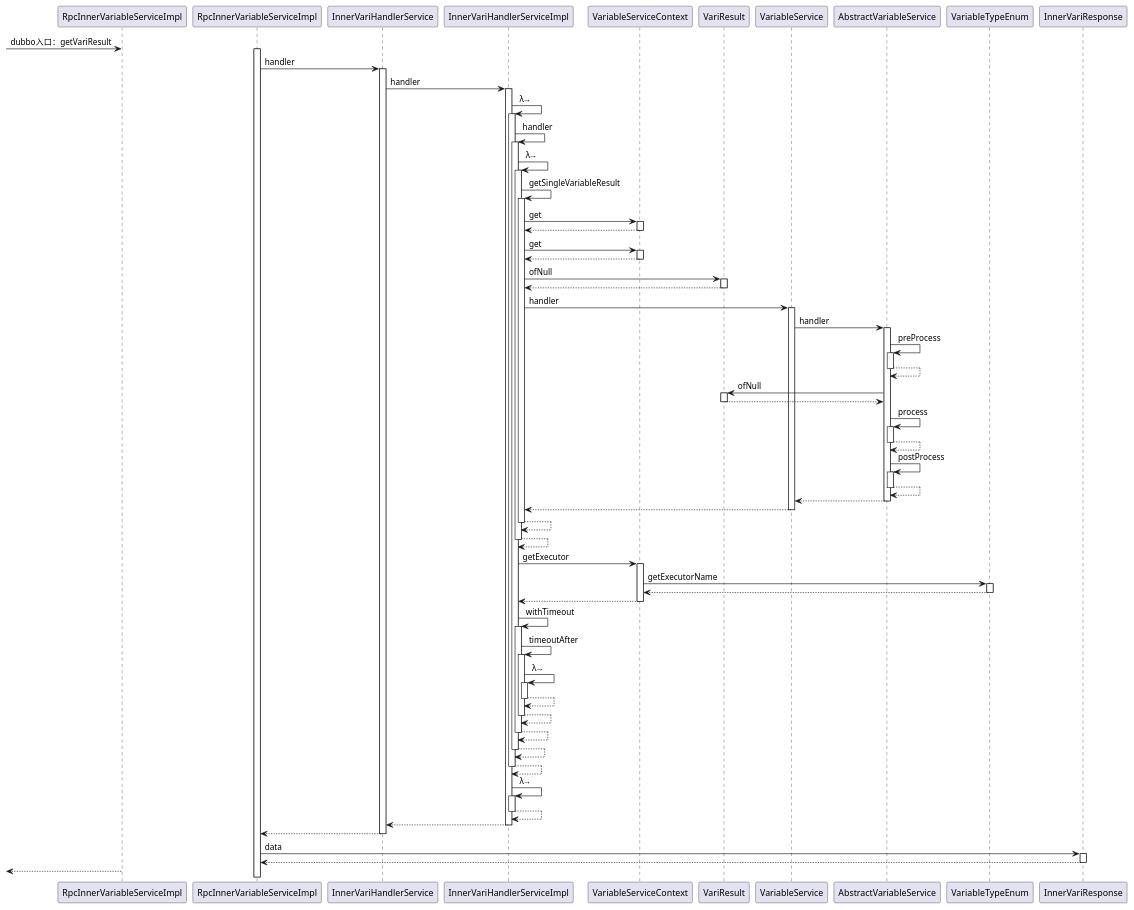
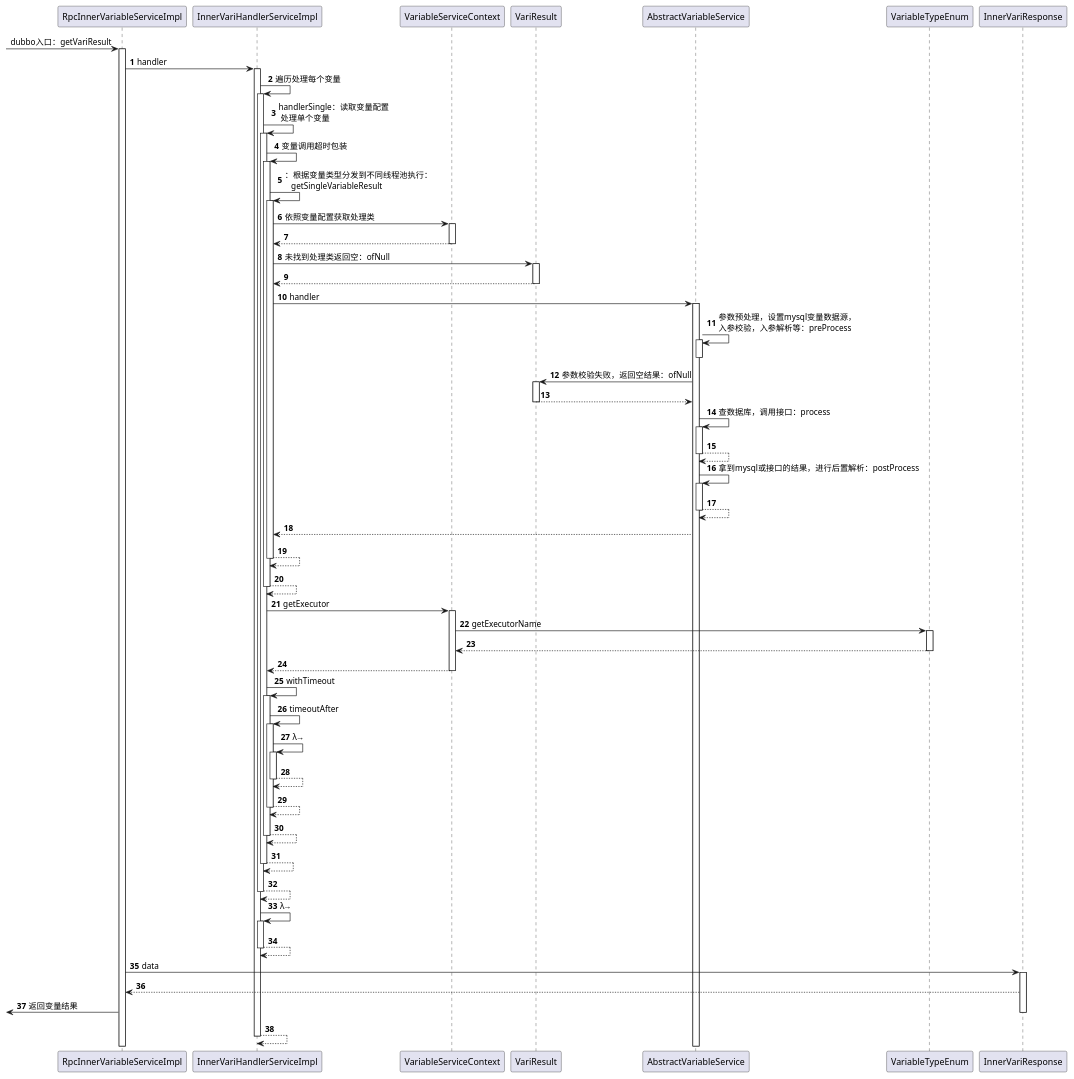
The diagram in file/sequence/二方时序图.puml (beareserve/plantuml), drawn with PlantUML before and after one commit.

Commit message:
画图

```diff
--- a/file/sequence/二方时序图.puml
+++ b/file/sequence/二方时序图.puml
@@ -1,102 +1,83 @@
 @startuml
 skinparam responseMessageBelowArrow true
 hide unlinked
-participant "RpcInnerVariableServiceImpl" as q
-participant "InnerVariHandlerServiceImpl" as rao
-participant 规则引擎 as y
-participant 电核 as d
-participant 题库 as t
-participant 额度 as e
+participant "RpcInnerVariableServiceImpl" as 入口
 
-[-> q : dubbo入口：getVariResult
-activate RpcInnerVariableServiceImpl
-RpcInnerVariableServiceImpl -> InnerVariHandlerService : handler
-activate InnerVariHandlerService
-InnerVariHandlerService -> InnerVariHandlerServiceImpl : handler
+[->入口 : dubbo入口：getVariResult
+autonumber
+activate 入口
+入口 -> InnerVariHandlerServiceImpl : handler
 activate InnerVariHandlerServiceImpl
-InnerVariHandlerServiceImpl -> InnerVariHandlerServiceImpl : λ→
+InnerVariHandlerServiceImpl -> InnerVariHandlerServiceImpl : 遍历处理每个变量
 activate InnerVariHandlerServiceImpl
-InnerVariHandlerServiceImpl -> InnerVariHandlerServiceImpl : handler
+InnerVariHandlerServiceImpl -> InnerVariHandlerServiceImpl : handlerSingle：读取变量配置\n 处理单个变量
 activate InnerVariHandlerServiceImpl
-InnerVariHandlerServiceImpl -> InnerVariHandlerServiceImpl : λ→
+InnerVariHandlerServiceImpl -> InnerVariHandlerServiceImpl : 变量调用超时包装
 activate InnerVariHandlerServiceImpl
-InnerVariHandlerServiceImpl -> InnerVariHandlerServiceImpl : getSingleVariableResult
+InnerVariHandlerServiceImpl -> InnerVariHandlerServiceImpl : ：根据变量类型分发到不同线程池执行：\n   getSingleVariableResult
 activate InnerVariHandlerServiceImpl
-InnerVariHandlerServiceImpl -> VariableServiceContext : get
+InnerVariHandlerServiceImpl -> VariableServiceContext : 依照变量配置获取处理类
 activate VariableServiceContext
 VariableServiceContext --> InnerVariHandlerServiceImpl
 deactivate VariableServiceContext
-InnerVariHandlerServiceImpl -> VariableServiceContext : get
-activate VariableServiceContext
-VariableServiceContext --> InnerVariHandlerServiceImpl
-deactivate VariableServiceContext
-InnerVariHandlerServiceImpl -> VariResult : ofNull
+InnerVariHandlerServiceImpl -> VariResult : 未找到处理类返回空：ofNull
 activate VariResult
 VariResult --> InnerVariHandlerServiceImpl
 deactivate VariResult
-InnerVariHandlerServiceImpl -> VariableService : handler
-activate VariableService
-VariableService -> AbstractVariableService : handler
+InnerVariHandlerServiceImpl ->  AbstractVariableService : handler
 activate AbstractVariableService
-AbstractVariableService -> AbstractVariableService : preProcess
+AbstractVariableService -> AbstractVariableService : 参数预处理，设置mysql变量数据源，\n入参校验，入参解析等：preProcess
+activate AbstractVariableService
+deactivate AbstractVariableService
+AbstractVariableService -> VariResult : 参数校验失败，返回空结果：ofNull
+activate VariResult
+VariResult --> AbstractVariableService
+deactivate VariResult
+AbstractVariableService -> AbstractVariableService : 查数据库，调用接口：process
 activate AbstractVariableService
 AbstractVariableService --> AbstractVariableService
 deactivate AbstractVariableService
-AbstractVariableService -> VariResult : ofNull
-activate VariResult
-VariResult --> AbstractVariableService
-deactivate VariResult
-AbstractVariableService -> AbstractVariableService : process
+AbstractVariableService -> AbstractVariableService : 拿到mysql或接口的结果，进行后置解析：postProcess
 activate AbstractVariableService
 AbstractVariableService --> AbstractVariableService
 deactivate AbstractVariableService
-AbstractVariableService -> AbstractVariableService : postProcess
-activate AbstractVariableService
-AbstractVariableService --> AbstractVariableService
-deactivate AbstractVariableService
-AbstractVariableService --> VariableService
-deactivate AbstractVariableService
-VariableService --> InnerVariHandlerServiceImpl
-deactivate VariableService
+AbstractVariableService --> InnerVariHandlerServiceImpl
 InnerVariHandlerServiceImpl --> InnerVariHandlerServiceImpl
 deactivate InnerVariHandlerServiceImpl
 InnerVariHandlerServiceImpl --> InnerVariHandlerServiceImpl
 deactivate InnerVariHandlerServiceImpl
 InnerVariHandlerServiceImpl -> VariableServiceContext : getExecutor
 activate VariableServiceContext
 VariableServiceContext -> VariableTypeEnum : getExecutorName
 activate VariableTypeEnum
 VariableTypeEnum --> VariableServiceContext
 deactivate VariableTypeEnum
 VariableServiceContext --> InnerVariHandlerServiceImpl
 deactivate VariableServiceContext
 InnerVariHandlerServiceImpl -> InnerVariHandlerServiceImpl : withTimeout
 activate InnerVariHandlerServiceImpl
 InnerVariHandlerServiceImpl -> InnerVariHandlerServiceImpl : timeoutAfter
 activate InnerVariHandlerServiceImpl
 InnerVariHandlerServiceImpl -> InnerVariHandlerServiceImpl : λ→
 activate InnerVariHandlerServiceImpl
 InnerVariHandlerServiceImpl --> InnerVariHandlerServiceImpl
 deactivate InnerVariHandlerServiceImpl
 InnerVariHandlerServiceImpl --> InnerVariHandlerServiceImpl
 deactivate InnerVariHandlerServiceImpl
 InnerVariHandlerServiceImpl --> InnerVariHandlerServiceImpl
 deactivate InnerVariHandlerServiceImpl
 InnerVariHandlerServiceImpl --> InnerVariHandlerServiceImpl
 deactivate InnerVariHandlerServiceImpl
 InnerVariHandlerServiceImpl --> InnerVariHandlerServiceImpl
 deactivate InnerVariHandlerServiceImpl
 InnerVariHandlerServiceImpl -> InnerVariHandlerServiceImpl : λ→
 activate InnerVariHandlerServiceImpl
 InnerVariHandlerServiceImpl --> InnerVariHandlerServiceImpl
 deactivate InnerVariHandlerServiceImpl
-InnerVariHandlerServiceImpl --> InnerVariHandlerService
-deactivate InnerVariHandlerServiceImpl
-InnerVariHandlerService --> RpcInnerVariableServiceImpl
-deactivate InnerVariHandlerService
-RpcInnerVariableServiceImpl -> InnerVariResponse : data
+入口 -> InnerVariResponse : data
 activate InnerVariResponse
-InnerVariResponse --> RpcInnerVariableServiceImpl
+InnerVariResponse --> 入口
+入口 ->[:返回变量结果
 deactivate InnerVariResponse
 return
 @enduml
```
